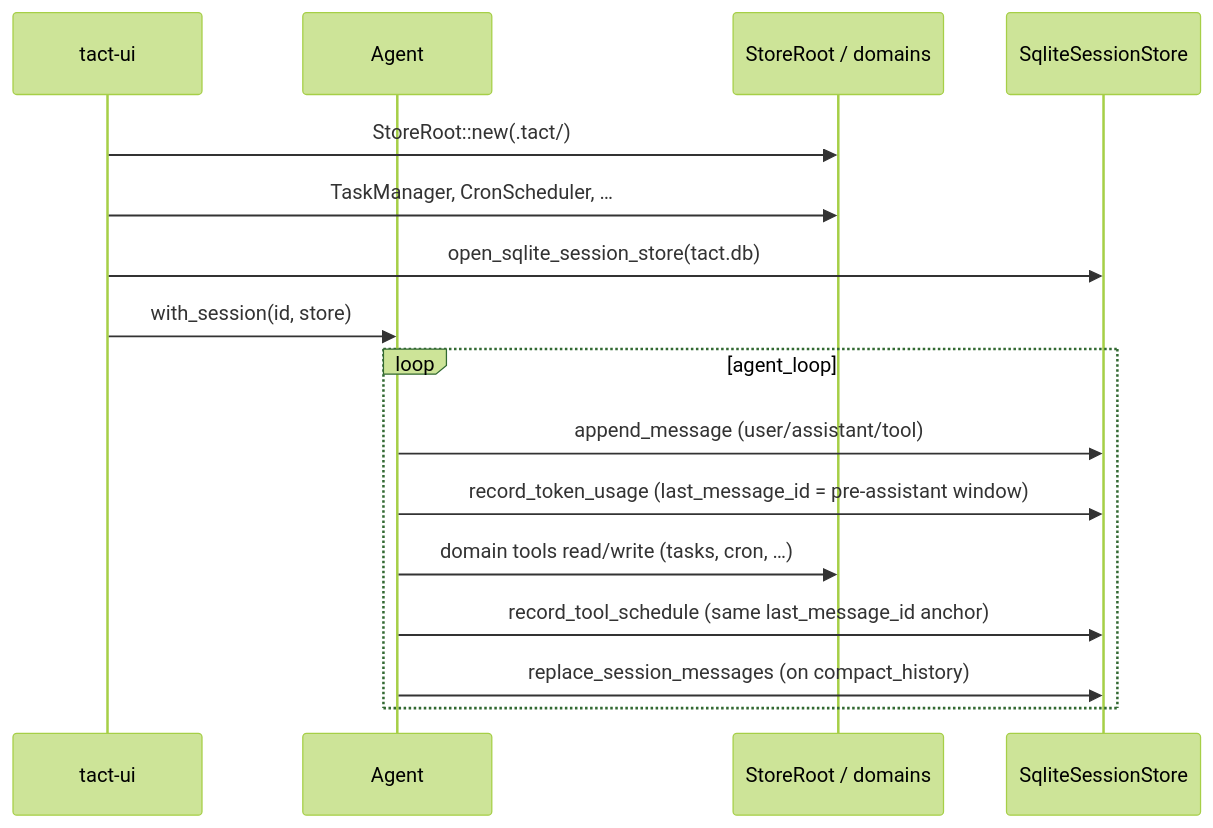
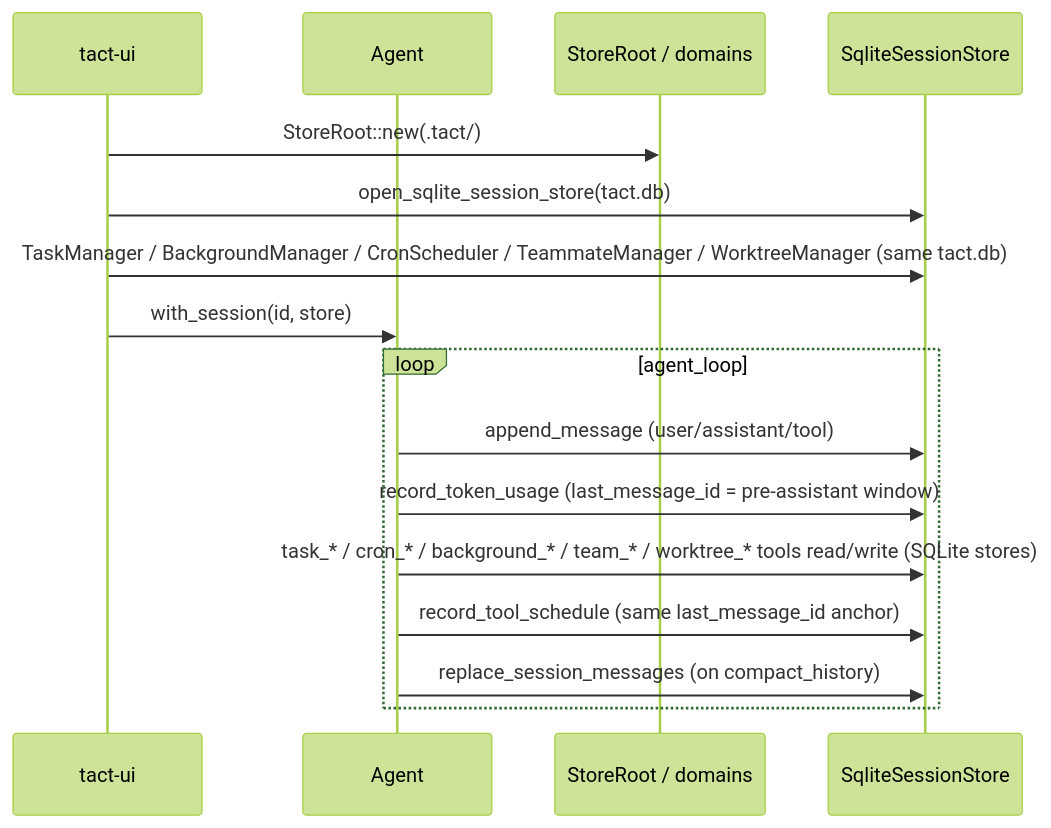
Before and after one commit to rust-infra/tact: the second of 2 diagrams in book/01_chapter_store.md, drawn with Mermaid (forest theme). The commit also changed other lines of this file and 344 other files, not shown here.

First line of the commit message:
feat(responses): hosted web search + SQLite domain-store migration + shared connection pool (#62)

````diff
--- a/book/01_chapter_store.md
+++ b/book/01_chapter_store.md
@@ -177,20 +177,20 @@
 ```mermaid
 sequenceDiagram
     participant TUI as tact-ui
     participant Agent
     participant JSON as StoreRoot / domains
     participant SQL as SqliteSessionStore
 
     TUI->>JSON: StoreRoot::new(.tact/)
-    TUI->>JSON: TaskManager, CronScheduler, …
     TUI->>SQL: open_sqlite_session_store(tact.db)
+    TUI->>SQL: TaskManager / BackgroundManager / CronScheduler / TeammateManager / WorktreeManager (same tact.db)
     TUI->>Agent: with_session(id, store)
 
     loop agent_loop
         Agent->>SQL: append_message (user/assistant/tool)
         Agent->>SQL: record_token_usage (last_message_id = pre-assistant window)
-        Agent->>JSON: domain tools read/write (tasks, cron, …)
+        Agent->>SQL: task_* / cron_* / background_* / team_* / worktree_* tools read/write (SQLite stores)
         Agent->>SQL: record_tool_schedule (same last_message_id anchor)
         Agent->>SQL: replace_session_messages (on compact_history)
     end
 ```
````
